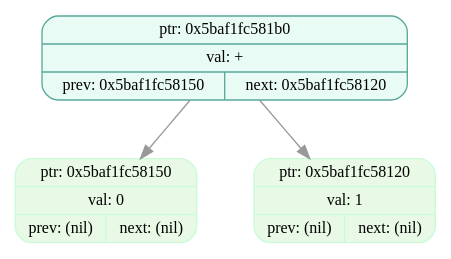
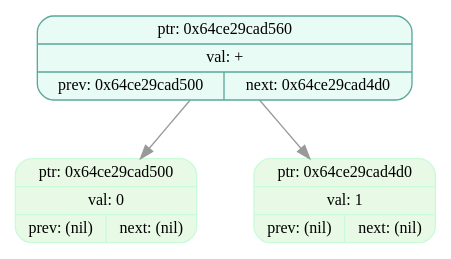
The diagram in dumps/tree_dump_007.dot (EvilTomato9890/Difference), drawn with Graphviz before and after one commit. The commit also changed 44 other files, not shown here.

```diff
--- a/dumps/tree_dump_007.dot
+++ b/dumps/tree_dump_007.dot
@@ -1,9 +1,9 @@
 digraph T{
   node [fontname="Fira Mono",shape=record,style="filled,rounded",fontsize=12];
   graph [splines=true, nodesep=0.6, ranksep=0.6];
-  node_0x5baf1fc581b0[shape=record,label="{ {ptr: 0x5baf1fc581b0} | {val: +} | { prev: 0x5baf1fc58150 | next: 0x5baf1fc58120 } }",color="#5aa99b",fillcolor="#e9fbf5"];
-  node_0x5baf1fc58150[shape=record,label="{ {ptr: 0x5baf1fc58150} | {val: 0} | { prev: (nil) | next: (nil) } }",color="#c9fbdbff",fillcolor="#e8f9e5ff"];
-  node_0x5baf1fc58120[shape=record,label="{ {ptr: 0x5baf1fc58120} | {val: 1} | { prev: (nil) | next: (nil) } }",color="#c9fbdbff",fillcolor="#e8f9e5ff"];
-  node_0x5baf1fc581b0 -> node_0x5baf1fc58150 [color="#999999"];
-  node_0x5baf1fc581b0 -> node_0x5baf1fc58120 [color="#999999"];
+  node_0x64ce29cad560[shape=record,label="{ {ptr: 0x64ce29cad560} | {val: +} | { prev: 0x64ce29cad500 | next: 0x64ce29cad4d0 } }",color="#5aa99b",fillcolor="#e9fbf5"];
+  node_0x64ce29cad500[shape=record,label="{ {ptr: 0x64ce29cad500} | {val: 0} | { prev: (nil) | next: (nil) } }",color="#c9fbdbff",fillcolor="#e8f9e5ff"];
+  node_0x64ce29cad4d0[shape=record,label="{ {ptr: 0x64ce29cad4d0} | {val: 1} | { prev: (nil) | next: (nil) } }",color="#c9fbdbff",fillcolor="#e8f9e5ff"];
+  node_0x64ce29cad560 -> node_0x64ce29cad500 [color="#999999"];
+  node_0x64ce29cad560 -> node_0x64ce29cad4d0 [color="#999999"];
 }
```
